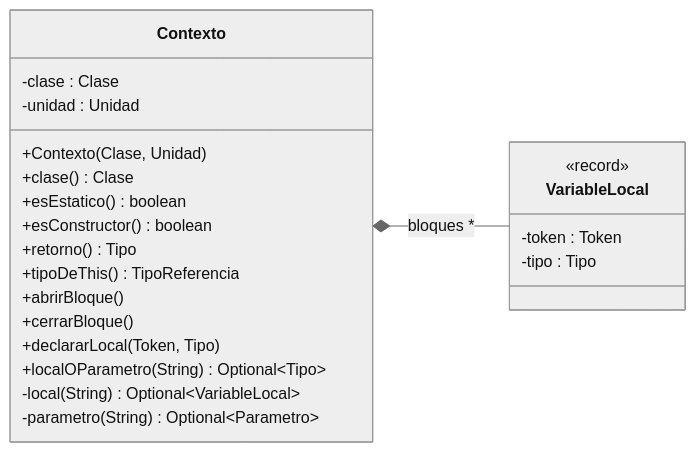
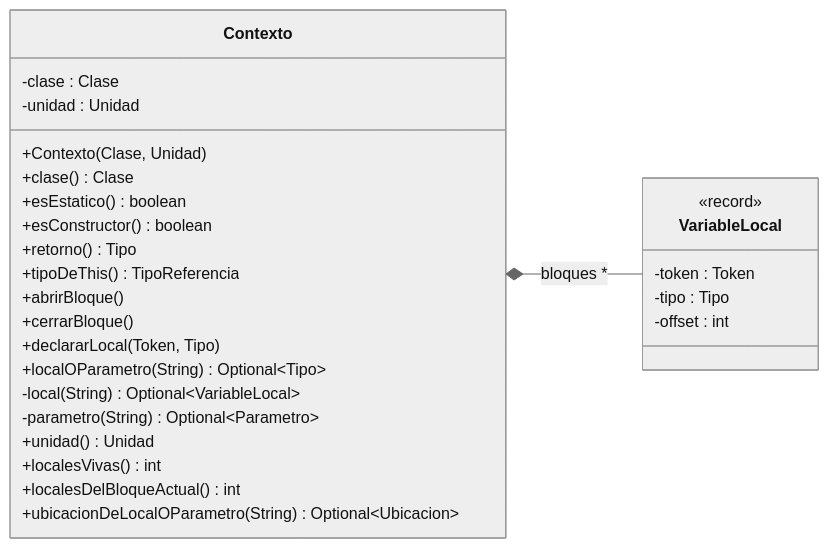
The fifth of 5 diagrams in documentacion/sentencias/arquitectura-del-chequeo-de-sentencias.md (agustinpaul0/Proyecto-CEI), drawn with Mermaid (neutral theme) before and after one commit. The commit also changed other lines of this file and 27 other files, not shown here.

````diff
--- a/documentacion/sentencias/arquitectura-del-chequeo-de-sentencias.md
+++ b/documentacion/sentencias/arquitectura-del-chequeo-de-sentencias.md
@@ -394,30 +450,35 @@
 ```mermaid
 ---
 config:
   layout: elk
 ---
 classDiagram
     direction LR
     class Contexto {
         -clase : Clase
         -unidad : Unidad
         +Contexto(Clase, Unidad)
         +clase() Clase
         +esEstatico() boolean
         +esConstructor() boolean
         +retorno() Tipo
         +tipoDeThis() TipoReferencia
         +abrirBloque()
         +cerrarBloque()
         +declararLocal(Token, Tipo)
         +localOParametro(String) Optional~Tipo~
         -local(String) Optional~VariableLocal~
         -parametro(String) Optional~Parametro~
+        +unidad() Unidad
+        +localesVivas() int
+        +localesDelBloqueActual() int
+        +ubicacionDeLocalOParametro(String) Optional~Ubicacion~
     }
     class VariableLocal {
         <<record>>
         -token : Token
         -tipo : Tipo
+        -offset : int
     }
     Contexto *-- VariableLocal : bloques *
 ```
````
